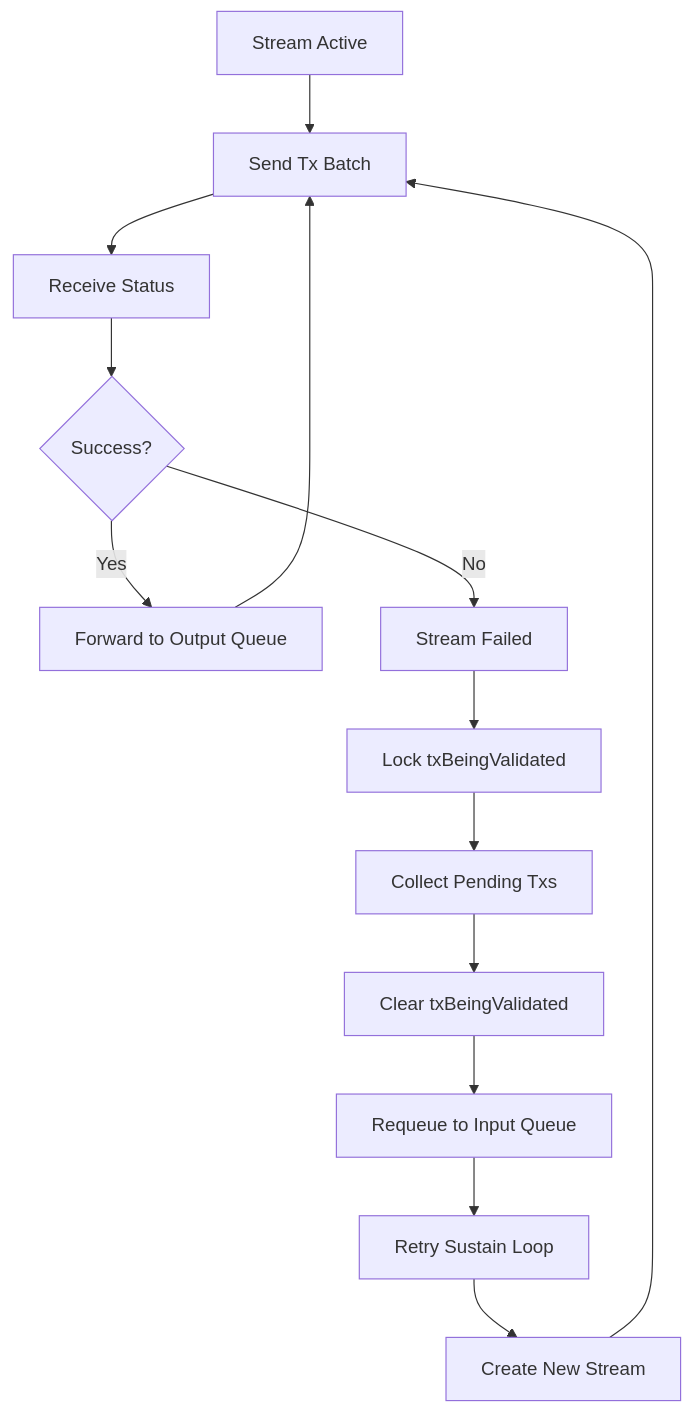
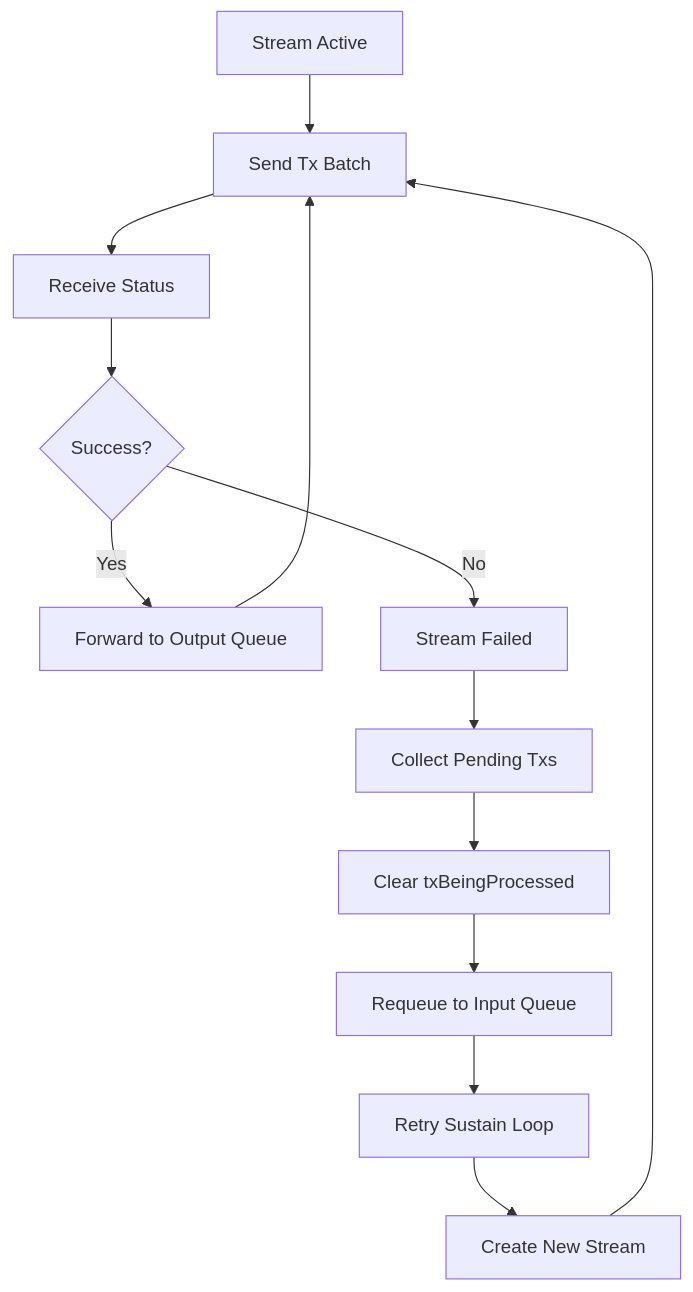
Before and after one commit to liran-funaro/fabric-x-committer: diagram 11 of 13 in docs/coordinator-block-diagram.md, drawn with Mermaid. The commit also changed other lines of this file and 9 other files, not shown here.

````diff
--- a/docs/coordinator-block-diagram.md
+++ b/docs/coordinator-block-diagram.md
@@ -513,16 +515,15 @@
 ```mermaid
 flowchart TD
     Start[Stream Active] --> Send[Send Tx Batch]
     Send --> Recv[Receive Status]
     Recv --> Success{Success?}
     Success -->|Yes| Forward[Forward to Output Queue]
     Forward --> Send
     Success -->|No| Fail[Stream Failed]
-    Fail --> Lock[Lock txBeingValidated]
-    Lock --> Collect[Collect Pending Txs]
-    Collect --> Delete[Clear txBeingValidated]
+    Fail --> Collect[Collect Pending Txs]
+    Collect --> Delete[Clear txBeingProcessed]
     Delete --> Requeue[Requeue to Input Queue]
     Requeue --> Retry[Retry Sustain Loop]
     Retry --> NewStream[Create New Stream]
     NewStream --> Send
 ```
````
